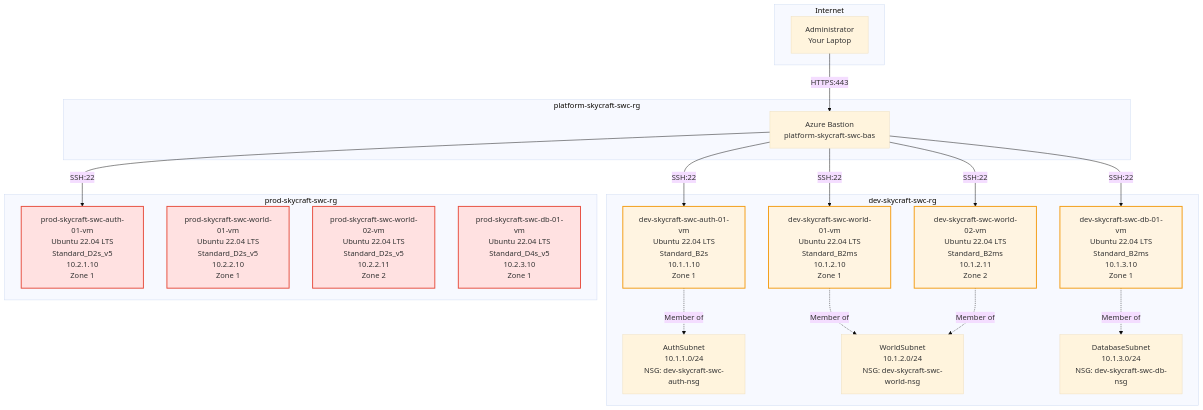
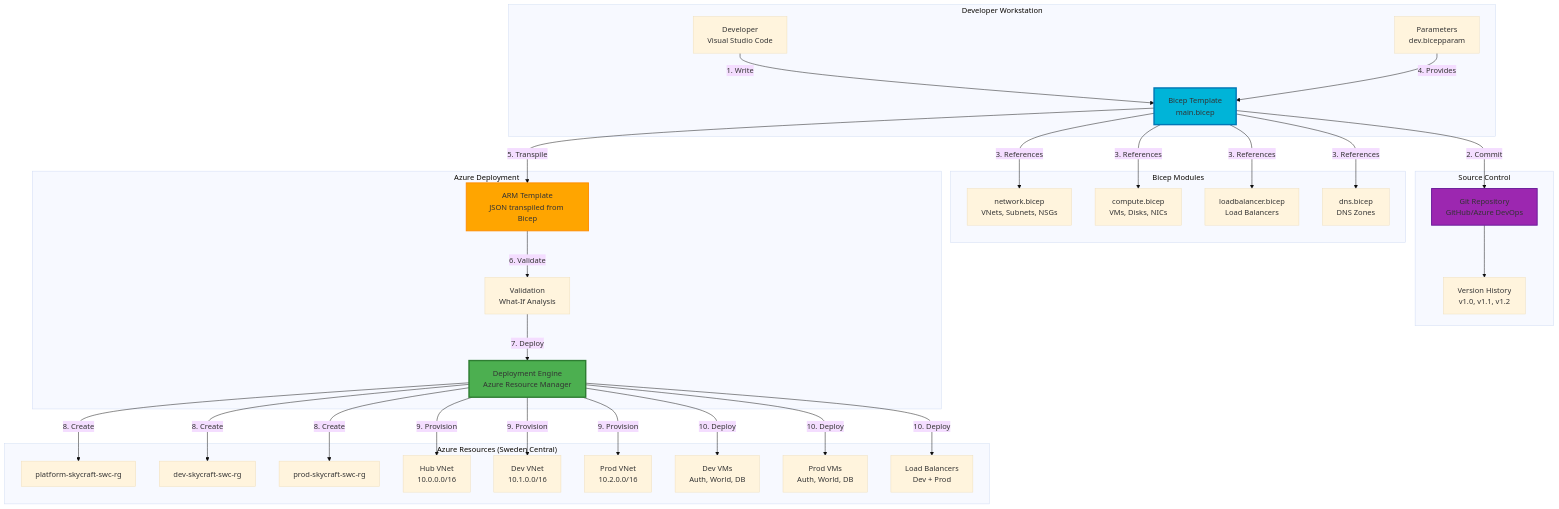
One commit to mbiszczanik/skycraft changed the diagram in module-3-compute/3.1-infrastructure-as-code/lab-guide-3.1.md. Above: the diagram before and after it, drawn with Mermaid (base theme). The commit also changed other lines of this file and 15 other files, not shown here.

````diff
--- a/module-3-compute/3.1-infrastructure-as-code/lab-guide-3.1.md
+++ b/module-3-compute/3.1-infrastructure-as-code/lab-guide-3.1.md
@@ -21,49 +23,72 @@
 ```mermaid
 graph TB
-    subgraph Internet
-        Admin[Administrator<br/>Your Laptop]
+    subgraph "Developer Workstation"
+        Dev[Developer<br/>Visual Studio Code]
+        BicepFile[Bicep Template<br/>main.bicep]
+        ParamFile[Parameters<br/>dev.bicepparam]
     end
 
-    subgraph "platform-skycraft-swc-rg"
-        Bastion[Azure Bastion<br/>platform-skycraft-swc-bas]
+    subgraph "Source Control"
+        Git[Git Repository<br/>GitHub/Azure DevOps]
+        Version[Version History<br/>v1.0, v1.1, v1.2]
     end
 
-    subgraph "dev-skycraft-swc-rg"
-        DevAuthVM1[dev-skycraft-swc-auth-01-vm<br/>Ubuntu 22.04 LTS<br/>Standard_B2s<br/>10.1.1.10<br/>Zone 1]
-        DevWorldVM1[dev-skycraft-swc-world-01-vm<br/>Ubuntu 22.04 LTS<br/>Standard_B2ms<br/>10.1.2.10<br/>Zone 1]
-        DevWorldVM2[dev-skycraft-swc-world-02-vm<br/>Ubuntu 22.04 LTS<br/>Standard_B2ms<br/>10.1.2.11<br/>Zone 2]
-        DevDBVM1[dev-skycraft-swc-db-01-vm<br/>Ubuntu 22.04 LTS<br/>Standard_B2ms<br/>10.1.3.10<br/>Zone 1]
-
-        DevAuthSubnet[AuthSubnet<br/>10.1.1.0/24<br/>NSG: dev-skycraft-swc-auth-nsg]
-        DevWorldSubnet[WorldSubnet<br/>10.1.2.0/24<br/>NSG: dev-skycraft-swc-world-nsg]
-        DevDBSubnet[DatabaseSubnet<br/>10.1.3.0/24<br/>NSG: dev-skycraft-swc-db-nsg]
+    subgraph "Bicep Modules"
+        ModNet[network.bicep<br/>VNets, Subnets, NSGs]
+        ModVM[compute.bicep<br/>VMs, Disks, NICs]
+        ModLB[loadbalancer.bicep<br/>Load Balancers]
+        ModDNS[dns.bicep<br/>DNS Zones]
     end
 
-    subgraph "prod-skycraft-swc-rg"
-        ProdAuthVM1[prod-skycraft-swc-auth-01-vm<br/>Ubuntu 22.04 LTS<br/>Standard_D2s_v5<br/>10.2.1.10<br/>Zone 1]
-        ProdWorldVM1[prod-skycraft-swc-world-01-vm<br/>Ubuntu 22.04 LTS<br/>Standard_D2s_v5<br/>10.2.2.10<br/>Zone 1]
-        ProdWorldVM2[prod-skycraft-swc-world-02-vm<br/>Ubuntu 22.04 LTS<br/>Standard_D2s_v5<br/>10.2.2.11<br/>Zone 2]
-        ProdDBVM1[prod-skycraft-swc-db-01-vm<br/>Ubuntu 22.04 LTS<br/>Standard_D4s_v5<br/>10.2.3.10<br/>Zone 1]
+    subgraph "Azure Deployment"
+        ARM[ARM Template<br/>JSON transpiled from Bicep]
+        Validate[Validation<br/>What-If Analysis]
+        Deploy[Deployment Engine<br/>Azure Resource Manager]
     end
 
-    Admin -->|HTTPS:443| Bastion
-    Bastion -->|SSH:22| DevAuthVM1
-    Bastion -->|SSH:22| DevWorldVM1
-    Bastion -->|SSH:22| DevWorldVM2
-    Bastion -->|SSH:22| DevDBVM1
-    Bastion -->|SSH:22| ProdAuthVM1
+    subgraph "Azure Resources (Sweden Central)"
+        RG1[platform-skycraft-swc-rg]
+        RG2[dev-skycraft-swc-rg]
+        RG3[prod-skycraft-swc-rg]
 
-    DevAuthVM1 -.->|Member of| DevAuthSubnet
-    DevWorldVM1 -.->|Member of| DevWorldSubnet
-    DevWorldVM2 -.->|Member of| DevWorldSubnet
-    DevDBVM1 -.->|Member of| DevDBSubnet
+        VNet1[Hub VNet<br/>10.0.0.0/16]
+        VNet2[Dev VNet<br/>10.1.0.0/16]
+        VNet3[Prod VNet<br/>10.2.0.0/16]
 
-    style DevAuthVM1 fill:#fff4e1,stroke:#f39c12,stroke-width:2px
-    style DevWorldVM1 fill:#fff4e1,stroke:#f39c12,stroke-width:2px
-    style DevWorldVM2 fill:#fff4e1,stroke:#f39c12,stroke-width:2px
-    style DevDBVM1 fill:#fff4e1,stroke:#f39c12,stroke-width:2px
-    style ProdAuthVM1 fill:#ffe1e1,stroke:#e74c3c,stroke-width:2px
-    style ProdWorldVM1 fill:#ffe1e1,stroke:#e74c3c,stroke-width:2px
-    style ProdWorldVM2 fill:#ffe1e1,stroke:#e74c3c,stroke-width:2px
-    style ProdDBVM1 fill:#ffe1e1,stroke:#e74c3c,stroke-width:2px
+        VM1[Dev VMs<br/>Auth, World, DB]
+        VM2[Prod VMs<br/>Auth, World, DB]
+
+        LB1[Load Balancers<br/>Dev + Prod]
+    end
+
+    Dev -->|1. Write| BicepFile
+    BicepFile -->|2. Commit| Git
+    Git --> Version
+
+    BicepFile -->|3. References| ModNet
+    BicepFile -->|3. References| ModVM
+    BicepFile -->|3. References| ModLB
+    BicepFile -->|3. References| ModDNS
+
+    ParamFile -->|4. Provides| BicepFile
+    BicepFile -->|5. Transpile| ARM
+    ARM -->|6. Validate| Validate
+    Validate -->|7. Deploy| Deploy
+
+    Deploy -->|8. Create| RG1
+    Deploy -->|8. Create| RG2
+    Deploy -->|8. Create| RG3
+
+    Deploy -->|9. Provision| VNet1
+    Deploy -->|9. Provision| VNet2
+    Deploy -->|9. Provision| VNet3
+
+    Deploy -->|10. Deploy| VM1
+    Deploy -->|10. Deploy| VM2
+    Deploy -->|10. Deploy| LB1
+
+    style BicepFile fill:#00B4D8,stroke:#0077B6,stroke-width:3px
+    style ARM fill:#FFA500,stroke:#FF8C00,stroke-width:2px
+    style Deploy fill:#4CAF50,stroke:#2E7D32,stroke-width:3px
+    style Git fill:#9C27B0,stroke:#6A1B9A,stroke-width:2px
 ```
````
